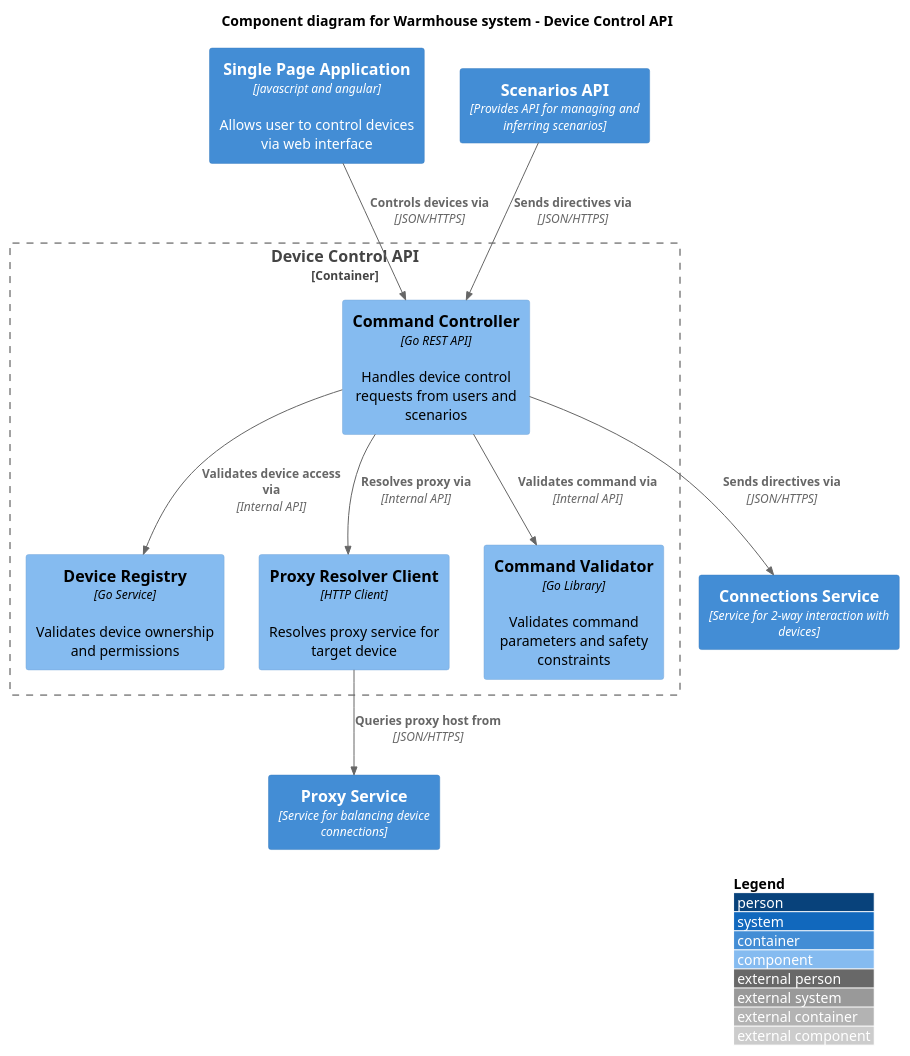
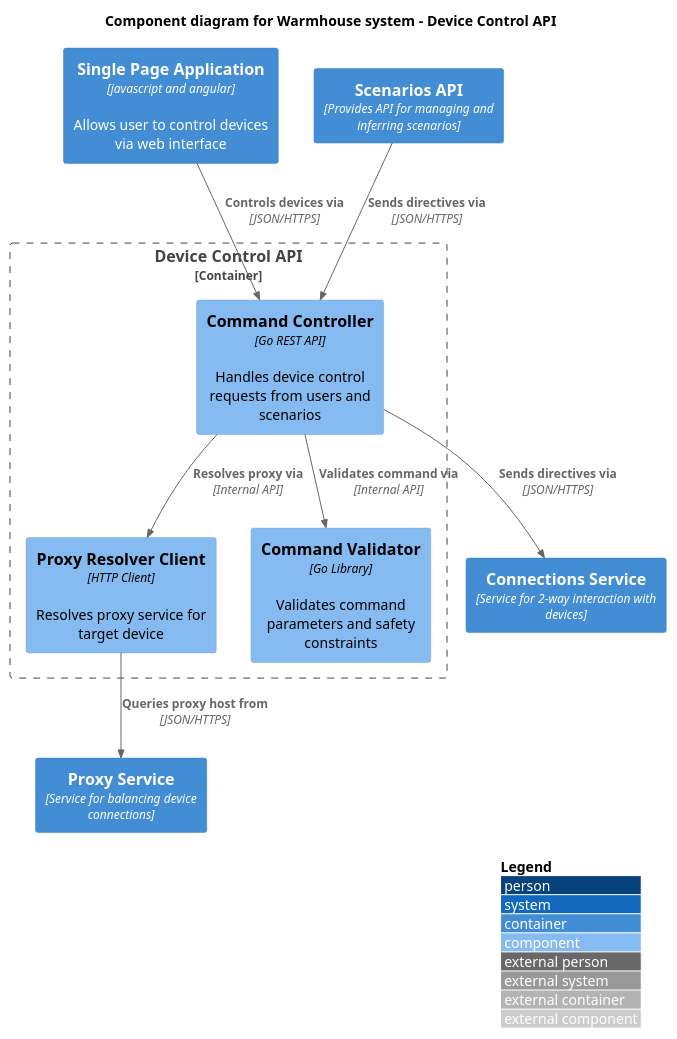
One commit to regu1yar/p1-architecture-warmhouse changed the diagram in diagrams/component/device_control_api.puml. Above: the diagram before and after it, drawn with PlantUML. The commit also changed 7 other files, not shown here.

Commit message:
Refine component diagrams

```diff
--- a/diagrams/component/device_control_api.puml
+++ b/diagrams/component/device_control_api.puml
@@ -1,31 +1,29 @@
 @startuml
 ' !include https://raw.githubusercontent.com/plantuml-stdlib/C4-PlantUML/master/C4_Component.puml
 ' uncomment the following line and comment the first to use locally
 !include ./C4_Component.puml
 
 LAYOUT_WITH_LEGEND()
 
 title Component diagram for Warmhouse system - Device Control API
 
 Container(spa, "Single Page Application", "javascript and angular", "Allows user to control devices via web interface")
 Container(proxy_service, "Proxy Service", "Service for balancing device connections")
 Container(connections_service, "Connections Service", "Service for 2-way interaction with devices")
 Container(scenarios_api, "Scenarios API", "Provides API for managing and inferring scenarios")
 
 Container_Boundary(device_control_api, "Device Control API") {
     Component(command_controller, "Command Controller", "Go REST API", "Handles device control requests from users and scenarios")
-    Component(device_registry, "Device Registry", "Go Service", "Validates device ownership and permissions")
     Component(proxy_resolver_client, "Proxy Resolver Client", "HTTP Client", "Resolves proxy service for target device")
     Component(command_validator, "Command Validator", "Go Library", "Validates command parameters and safety constraints")
 
-    Rel(command_controller, device_registry, "Validates device access via", "Internal API")
     Rel(command_controller, command_validator, "Validates command via", "Internal API")
     Rel(command_controller, proxy_resolver_client, "Resolves proxy via", "Internal API")
     Rel(proxy_resolver_client, proxy_service, "Queries proxy host from", "JSON/HTTPS")
     Rel(command_controller, connections_service, "Sends directives via", "JSON/HTTPS")
 }
 
 Rel(spa, command_controller, "Controls devices via", "JSON/HTTPS")
 Rel(scenarios_api, command_controller, "Sends directives via", "JSON/HTTPS")
 
 @enduml
```
